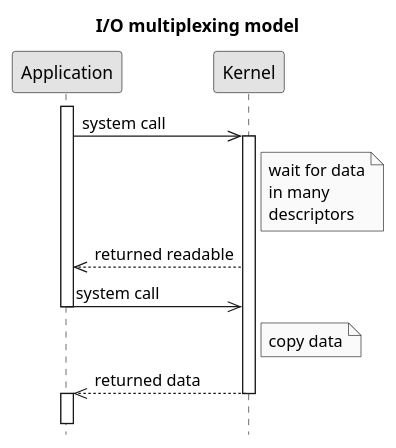
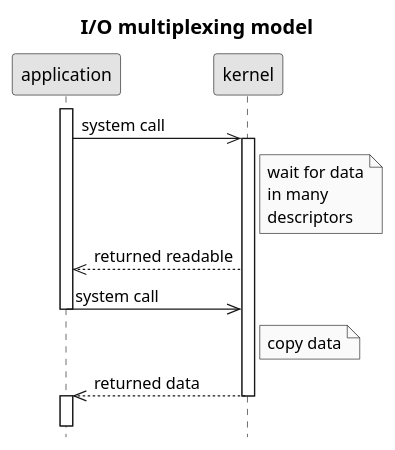
Before and after one commit to c0p4c4b4n4/demo-sockets-io-nio-nio2: the diagram in .images/IO multiplexing model.puml, drawn with PlantUML. The commit also changed 4 other files, not shown here.

```diff
--- a/.images/IO multiplexing model.puml
+++ b/.images/IO multiplexing model.puml
@@ -1,17 +1,18 @@
 @startuml
 title I/O multiplexing model
 hide footbox
 skinparam monochrome true
-activate Application
-Application->>Kernel: system call
-activate Kernel
-Note right of Kernel: wait for data\nin many\ndescriptors
-Kernel-->>Application: returned readable
-Application->>Kernel: system call
-deactivate Application
-Note right of Kernel: copy data
-Kernel-->>Application: returned data
-deactivate Kernel
-activate Application
+skinparam titleFontSize 16
+activate application
+application->>kernel: system call
+activate kernel
+Note right of kernel: wait for data\nin many\ndescriptors
+kernel-->>application: returned readable
+application->>kernel: system call
+deactivate application
+Note right of kernel: copy data
+kernel-->>application: returned data
+deactivate kernel
+activate application
 ||15||
 @enduml
```
